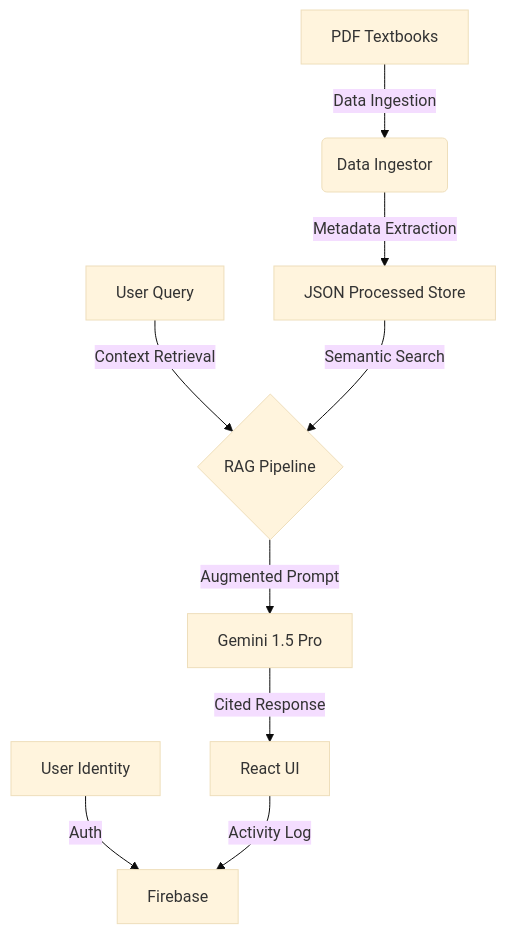
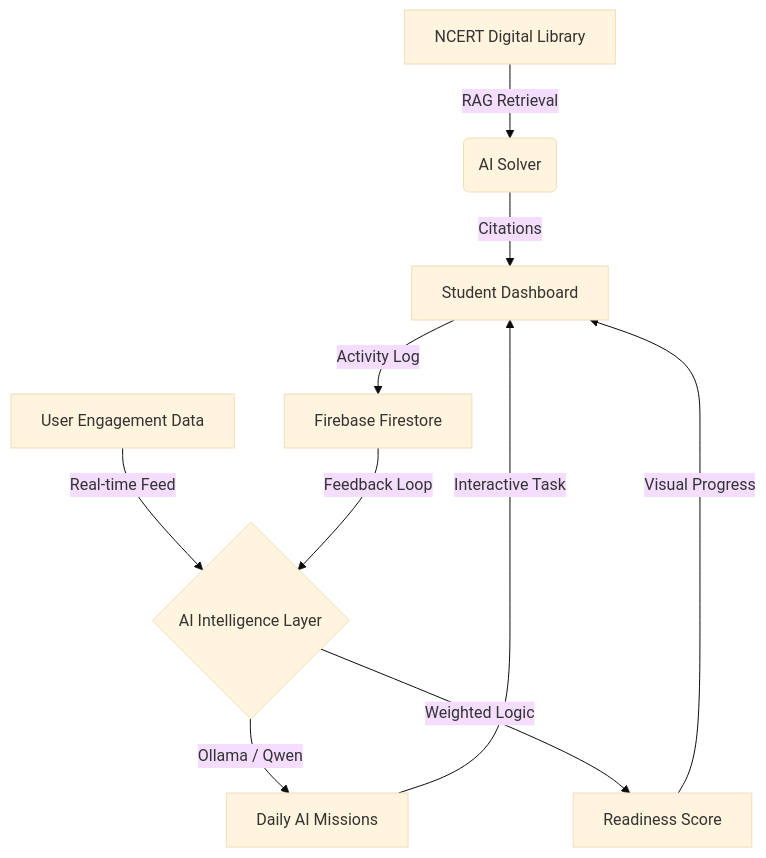
Before and after one commit to Yashwant00CR7/NCERT-Solver: the diagram in README.md, drawn with Mermaid (base theme). The commit also changed other lines of this file and 6 other files, not shown here.

Commit message:
feat: transition to Ollama-native intelligence layer & implement Daily AI Missions

````diff
--- a/README.md
+++ b/README.md
@@ -53,11 +24,12 @@
 ```mermaid
 graph TD
-    A[PDF Textbooks] -->|Data Ingestion| B(Data Ingestor)
-    B -->|Metadata Extraction| C[JSON Processed Store]
-    D[User Query] -->|Context Retrieval| E{RAG Pipeline}
-    C -->|Semantic Search| E
-    E -->|Augmented Prompt| F[Gemini 1.5 Pro]
-    F -->|Cited Response| G[React UI]
-    H[User Identity] -->|Auth| I[Firebase]
-    G -->|Activity Log| I
+    A[NCERT Digital Library] -->|RAG Retrieval| B(AI Solver)
+    C[User Engagement Data] -->|Real-time Feed| D{AI Intelligence Layer}
+    D -->|Ollama / Qwen| E[Daily AI Missions]
+    D -->|Weighted Logic| F[Readiness Score]
+    E -->|Interactive Task| G[Student Dashboard]
+    F -->|Visual Progress| G
+    B -->|Citations| G
+    G -->|Activity Log| H[Firebase Firestore]
+    H -->|Feedback Loop| D
 ```
````
